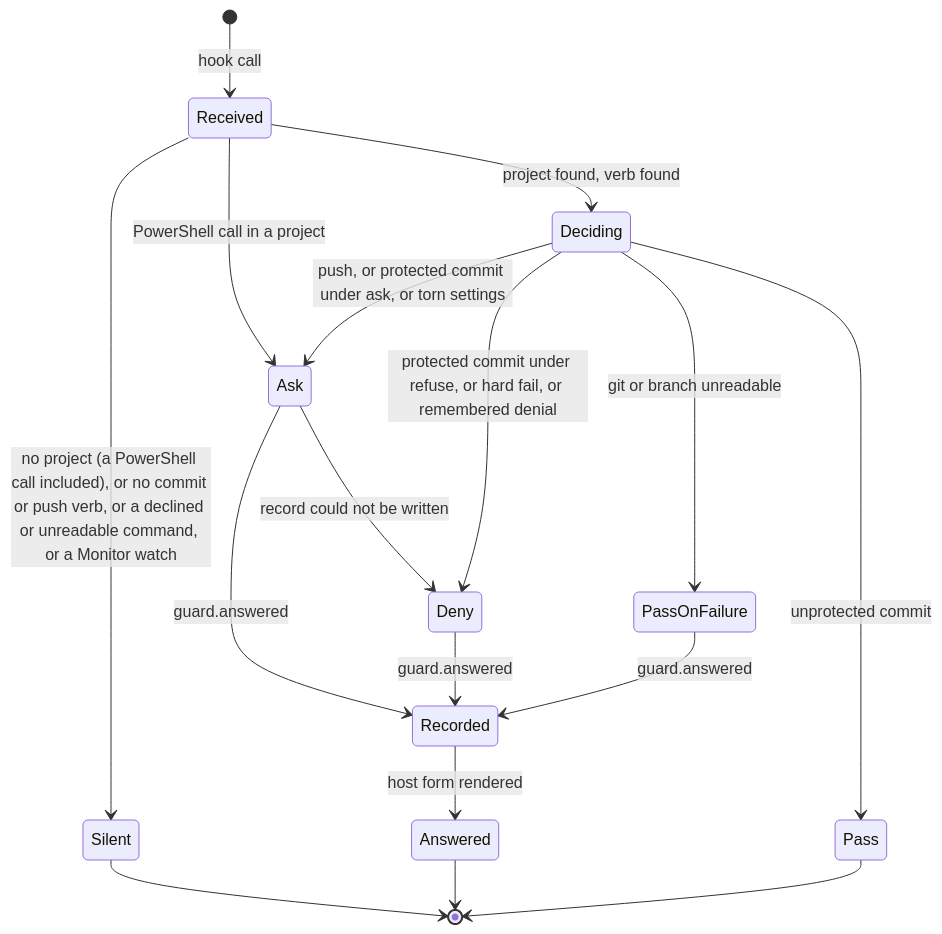
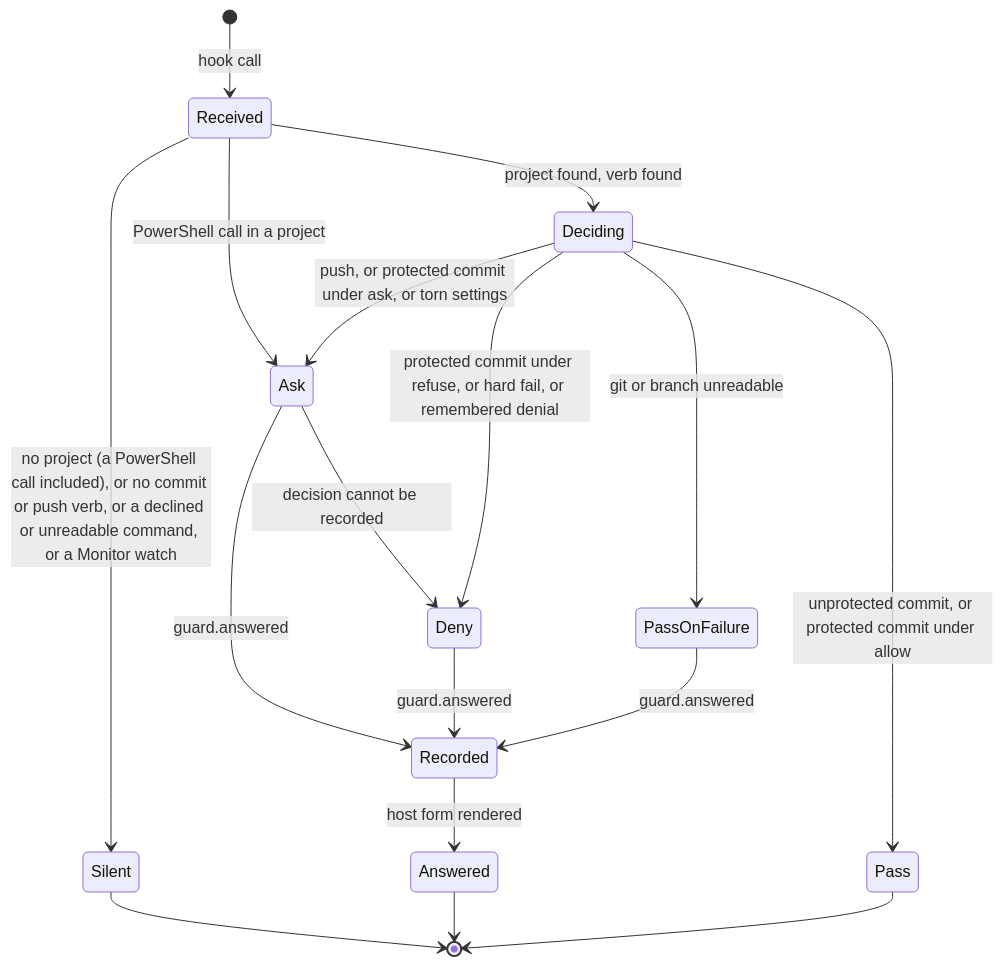
Before and after one commit to crenshawdev/baley: the first of 3 diagrams in docs/design/0010-guard.md, drawn with Mermaid. The commit also changed other lines of this file and 1 other file, not shown here.

First line of the commit message:
docs(design): say which unread path fields fail open and draw the allow arm

````diff
--- a/docs/design/0010-guard.md
+++ b/docs/design/0010-guard.md
@@ -147,19 +147,19 @@
 ```mermaid
 stateDiagram-v2
   [*] --> Received: hook call
   Received --> Silent: no project (a PowerShell call included), or no commit or push verb, or a declined or unreadable command, or a Monitor watch
   Received --> Ask: PowerShell call in a project
   Received --> Deciding: project found, verb found
   Deciding --> Ask: push, or protected commit under ask, or torn settings
   Deciding --> Deny: protected commit under refuse, or hard fail, or remembered denial
   Deciding --> PassOnFailure: git or branch unreadable
-  Deciding --> Pass: unprotected commit
+  Deciding --> Pass: unprotected commit, or protected commit under allow
   Ask --> Recorded: guard.answered
   Deny --> Recorded: guard.answered
   PassOnFailure --> Recorded: guard.answered
-  Ask --> Deny: record could not be written
+  Ask --> Deny: decision cannot be recorded
   Recorded --> Answered: host form rendered
   Silent --> [*]
   Pass --> [*]
   Answered --> [*]
 ```
````
